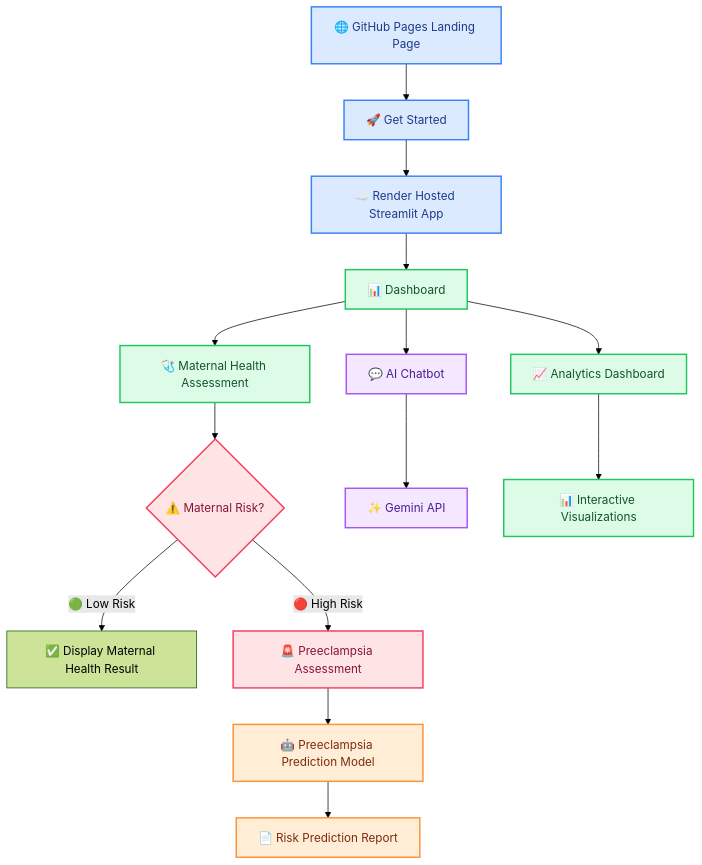
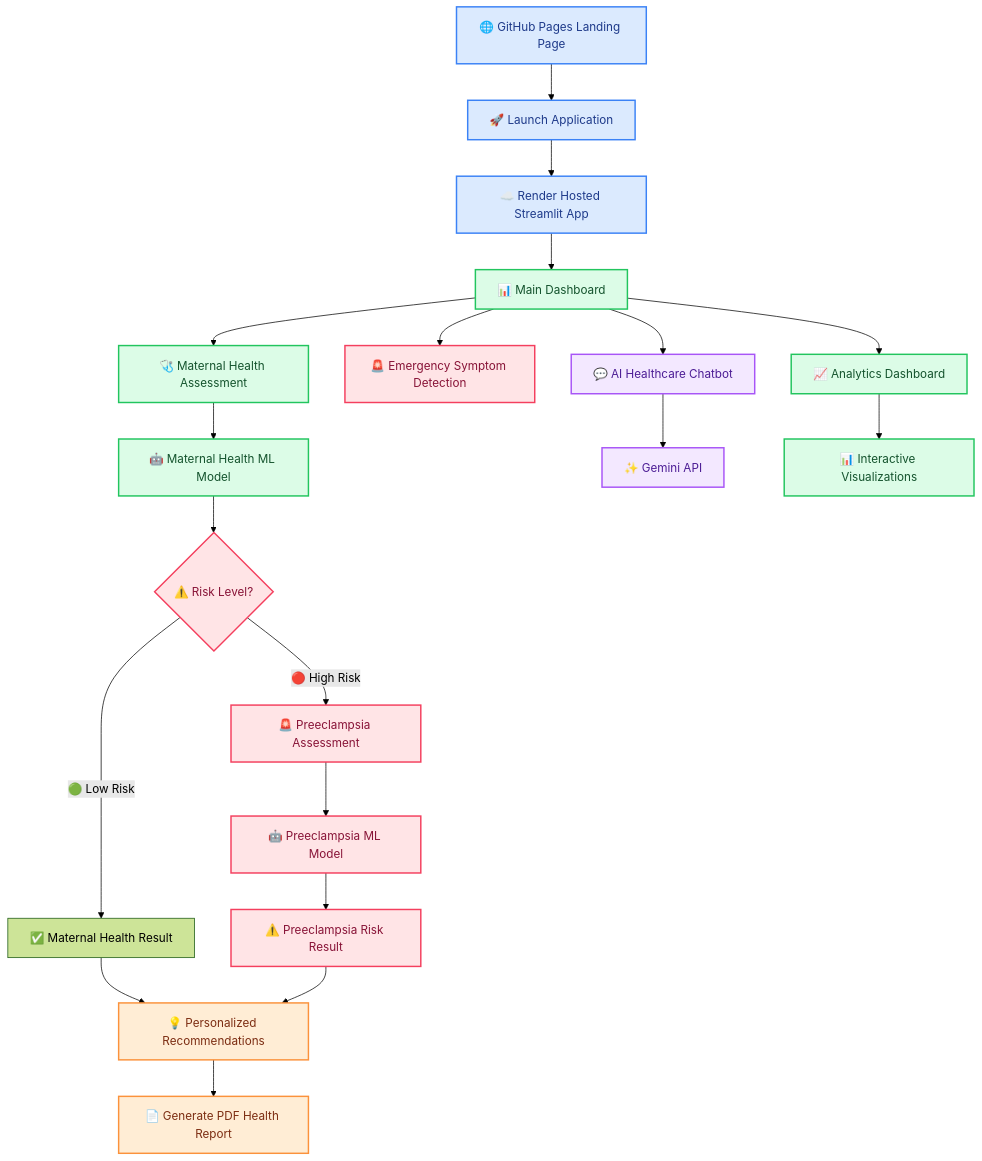
The second of 2 diagrams in README.md (priyankalisa/maternal-health-preeclampsia-system), drawn with Mermaid (forest theme) before and after one commit. The commit also changed other lines of this file, not shown here.

````diff
--- a/README.md
+++ b/README.md
@@ -212,38 +232,51 @@
 ```mermaid
 flowchart TD
 
-A[🌐 GitHub Pages Landing Page] --> B[🚀 Get Started]
+A[🌐 GitHub Pages Landing Page] --> B[🚀 Launch Application]
+
 B --> C[☁️ Render Hosted Streamlit App]
 
-C --> D[📊 Dashboard]
+C --> D[📊 Main Dashboard]
 
 D --> E[🩺 Maternal Health Assessment]
 
-E --> F{⚠️ Maternal Risk?}
+E --> F[🤖 Maternal Health ML Model]
 
-F -->|🟢 Low Risk| G[✅ Display Maternal Health Result]
-F -->|🔴 High Risk| H[🚨 Preeclampsia Assessment]
+F --> G{⚠️ Risk Level?}
 
-H --> I[🤖 Preeclampsia Prediction Model]
-I --> J[📄 Risk Prediction Report]
+G -->|🟢 Low Risk| H[✅ Maternal Health Result]
 
-D --> K[💬 AI Chatbot]
-D --> L[📈 Analytics Dashboard]
+G -->|🔴 High Risk| I[🚨 Preeclampsia Assessment]
 
-K --> M[✨ Gemini API]
-L --> N[📊 Interactive Visualizations]
+I --> J[🤖 Preeclampsia ML Model]
+
+J --> K[⚠️ Preeclampsia Risk Result]
+
+H --> L[💡 Personalized Recommendations]
+K --> L
+
+L --> M[📄 Generate PDF Health Report]
+
+D --> N[🚨 Emergency Symptom Detection]
+
+D --> O[💬 AI Healthcare Chatbot]
+
+O --> P[✨ Gemini API]
+
+D --> Q[📈 Analytics Dashboard]
+
+Q --> R[📊 Interactive Visualizations]
 
 %% Styling
 classDef landing fill:#DBEAFE,stroke:#3B82F6,color:#1E3A8A,stroke-width:2px;
-classDef dashboard fill:#DCFCE7,stroke:#22C55E,color:#14532D,stroke-width:2px;
+classDef app fill:#DCFCE7,stroke:#22C55E,color:#14532D,stroke-width:2px;
 classDef risk fill:#FFE4E6,stroke:#F43F5E,color:#881337,stroke-width:2px;
 classDef ai fill:#F3E8FF,stroke:#A855F7,color:#4C1D95,stroke-width:2px;
 classDef report fill:#FFEDD5,stroke:#FB923C,color:#7C2D12,stroke-width:2px;
 
 class A,B,C landing;
-class D,E dashboard;
-class F,H risk;
-class I,J report;
-class K,M ai;
-class L,N dashboard;
+class D,E,F,Q,R app;
+class G,I,J,K,N risk;
+class O,P ai;
+class L,M report;
 ```
````
